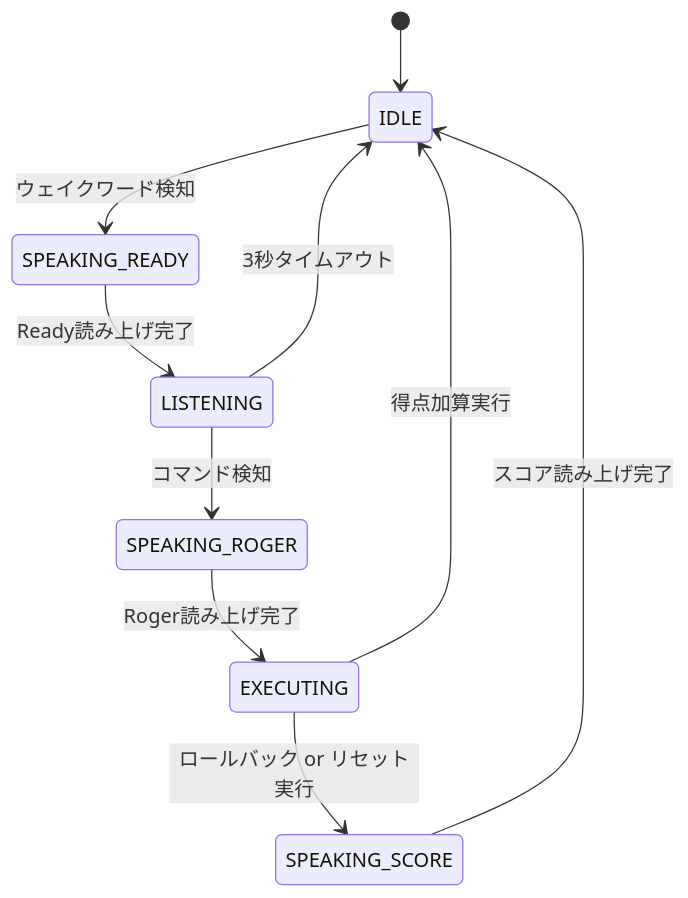
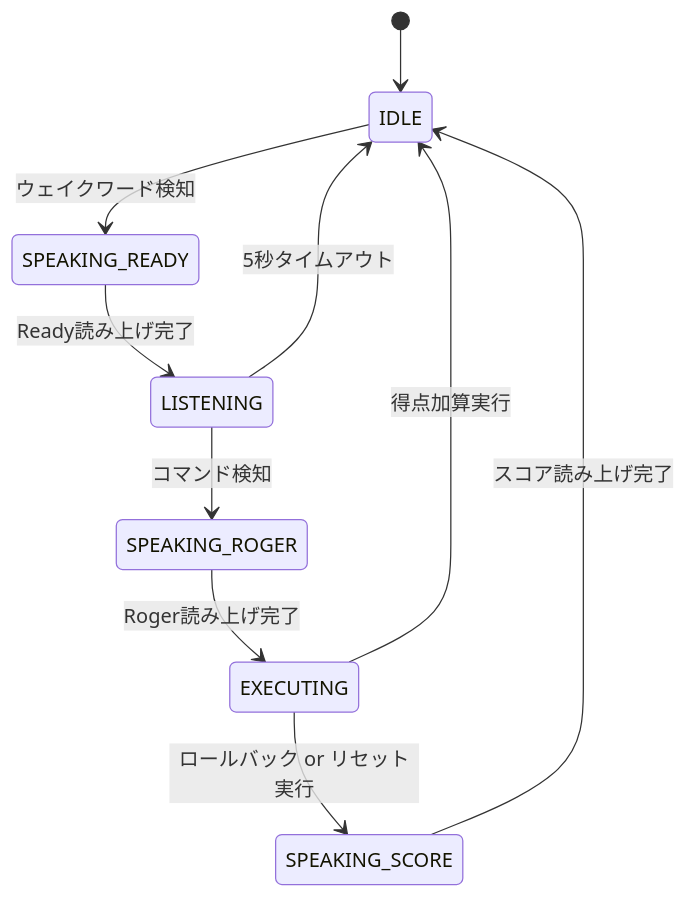
Before and after one commit to d-kishi/voice-scoreboard: the second of 4 diagrams in .kiro/specs/voice-scoreboard/design.md, drawn with Mermaid. The commit also changed other lines of this file and 10 other files, not shown here.

````diff
--- a/.kiro/specs/voice-scoreboard/design.md
+++ b/.kiro/specs/voice-scoreboard/design.md
@@ -169,13 +169,13 @@
 ```mermaid
 stateDiagram-v2
     [*] --> IDLE
 
     IDLE --> SPEAKING_READY: ウェイクワード検知
     SPEAKING_READY --> LISTENING: Ready読み上げ完了
     LISTENING --> SPEAKING_ROGER: コマンド検知
-    LISTENING --> IDLE: 3秒タイムアウト
+    LISTENING --> IDLE: 5秒タイムアウト
     SPEAKING_ROGER --> EXECUTING: Roger読み上げ完了
     EXECUTING --> SPEAKING_SCORE: ロールバック or リセット実行
     EXECUTING --> IDLE: 得点加算実行
     SPEAKING_SCORE --> IDLE: スコア読み上げ完了
 ```
````
